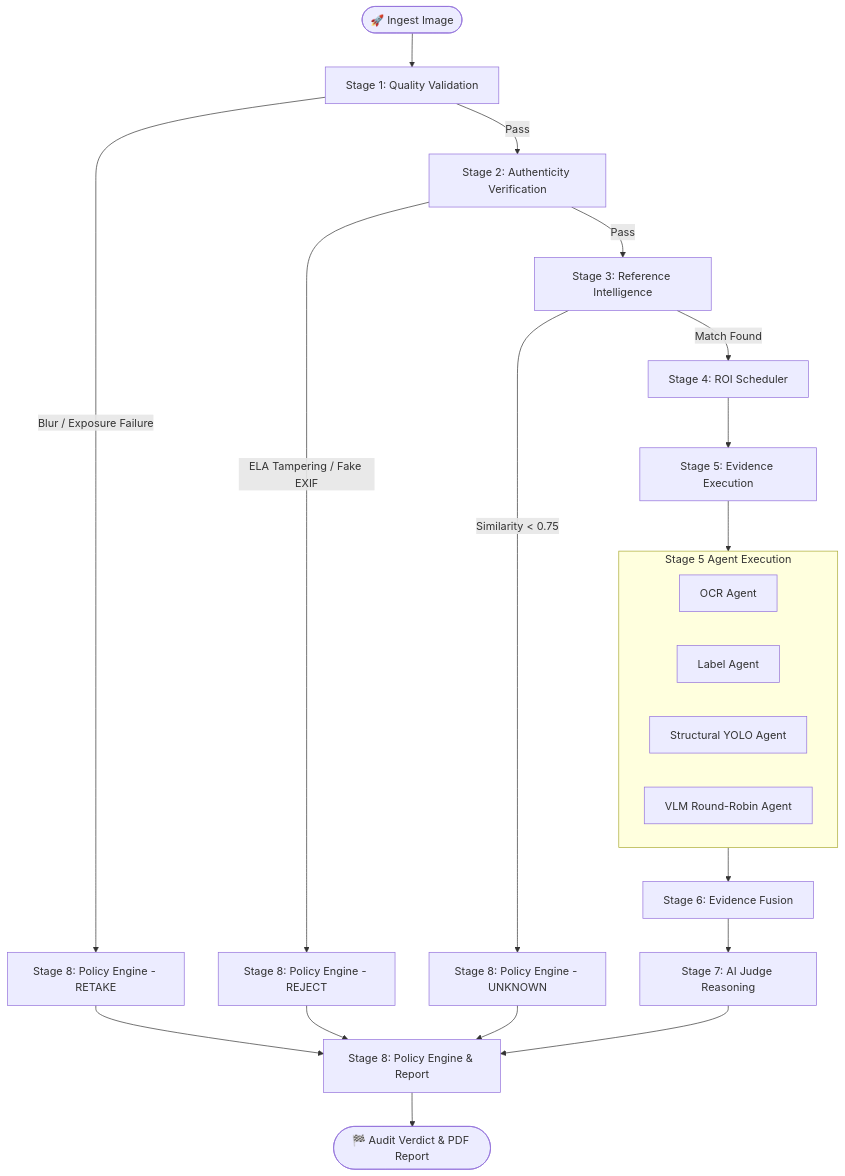
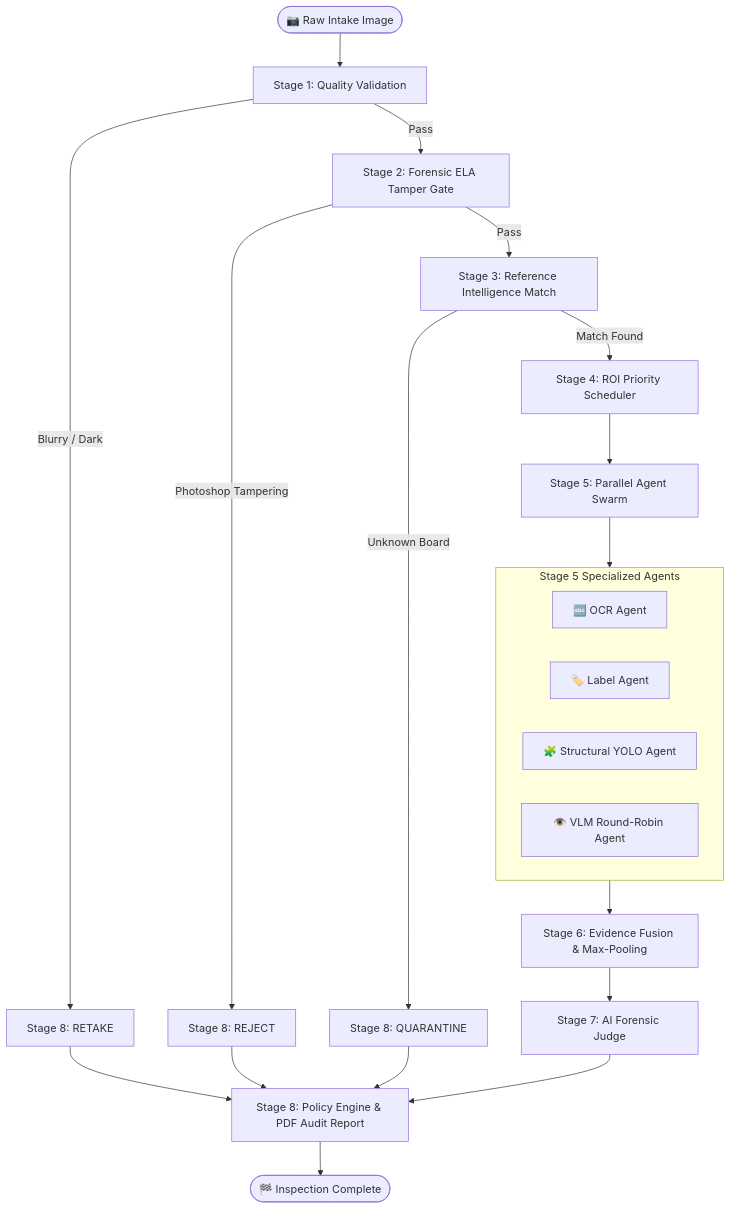
One commit to Disha-1610/VisionForge changed the first of 2 diagrams in docs/PIPELINE.md. Above: the diagram before and after it, drawn with Mermaid. The commit also changed other lines of this file and 13 other files, not shown here.

````diff
--- a/docs/PIPELINE.md
+++ b/docs/PIPELINE.md
@@ -30,34 +48,34 @@
 ```mermaid
 flowchart TD
-    Start([🚀 Ingest Image]) --> S1[Stage 1: Quality Validation]
+    Start([📷 Raw Intake Image]) --> S1[Stage 1: Quality Validation]
     
-    S1 -->|Blur / Exposure Failure| FastFail1[Stage 8: Policy Engine - RETAKE]
-    S1 -->|Pass| S2[Stage 2: Authenticity Verification]
+    S1 -->|Blurry / Dark| S8_Retake[Stage 8: RETAKE]
+    S1 -->|Pass| S2[Stage 2: Forensic ELA Tamper Gate]
     
-    S2 -->|ELA Tampering / Fake EXIF| FastFail2[Stage 8: Policy Engine - REJECT]
-    S2 -->|Pass| S3[Stage 3: Reference Intelligence]
+    S2 -->|Photoshop Tampering| S8_Reject[Stage 8: REJECT]
+    S2 -->|Pass| S3[Stage 3: Reference Intelligence Match]
     
-    S3 -->|Similarity < 0.75| FastFail3[Stage 8: Policy Engine - UNKNOWN]
-    S3 -->|Match Found| S4[Stage 4: ROI Scheduler]
+    S3 -->|Unknown Board| S8_Quarantine[Stage 8: QUARANTINE]
+    S3 -->|Match Found| S4[Stage 4: ROI Priority Scheduler]
     
-    S4 --> S5[Stage 5: Evidence Execution]
+    S4 --> S5[Stage 5: Parallel Agent Swarm]
     
-    subgraph S5_Swarm["Stage 5 Agent Execution"]
-        Ag1[OCR Agent]
-        Ag2[Label Agent]
-        Ag3[Structural YOLO Agent]
-        Ag4[VLM Round-Robin Agent]
+    subgraph Swarm["Stage 5 Specialized Agents"]
+        A_OCR["🔤 OCR Agent"]
+        A_LBL["🏷️ Label Agent"]
+        A_YOLO["🧩 Structural YOLO Agent"]
+        A_VLM["👁️ VLM Round-Robin Agent"]
     end
     
-    S5 --> S5_Swarm
-    S5_Swarm --> S6[Stage 6: Evidence Fusion]
+    S5 --> Swarm
+    Swarm --> S6[Stage 6: Evidence Fusion & Max-Pooling]
     
-    S6 --> S7[Stage 7: AI Judge Reasoning]
-    S7 --> S8[Stage 8: Policy Engine & Report]
+    S6 --> S7[Stage 7: AI Forensic Judge]
+    S7 --> S8[Stage 8: Policy Engine & PDF Audit Report]
     
-    FastFail1 --> S8
-    FastFail2 --> S8
-    FastFail3 --> S8
+    S8_Retake --> S8
+    S8_Reject --> S8
+    S8_Quarantine --> S8
     
-    S8 --> End([🏁 Audit Verdict & PDF Report])
+    S8 --> Complete([🏁 Inspection Complete])
 ```
````
